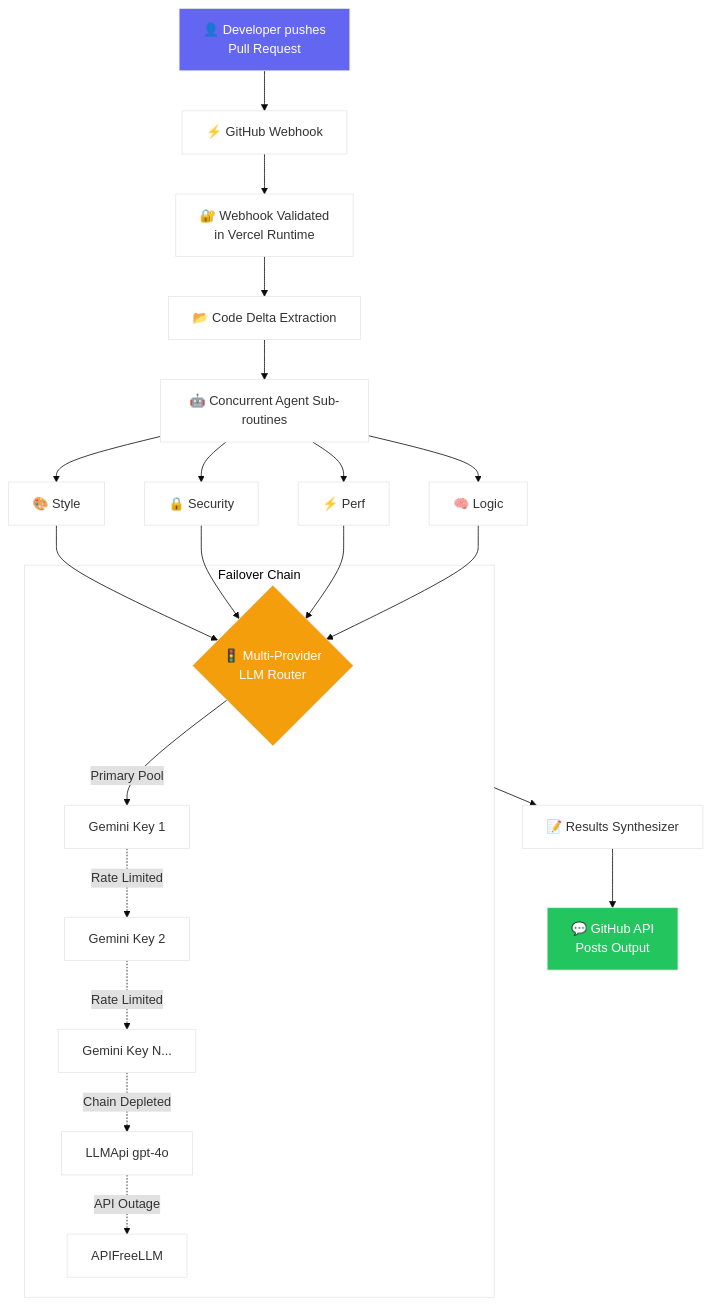
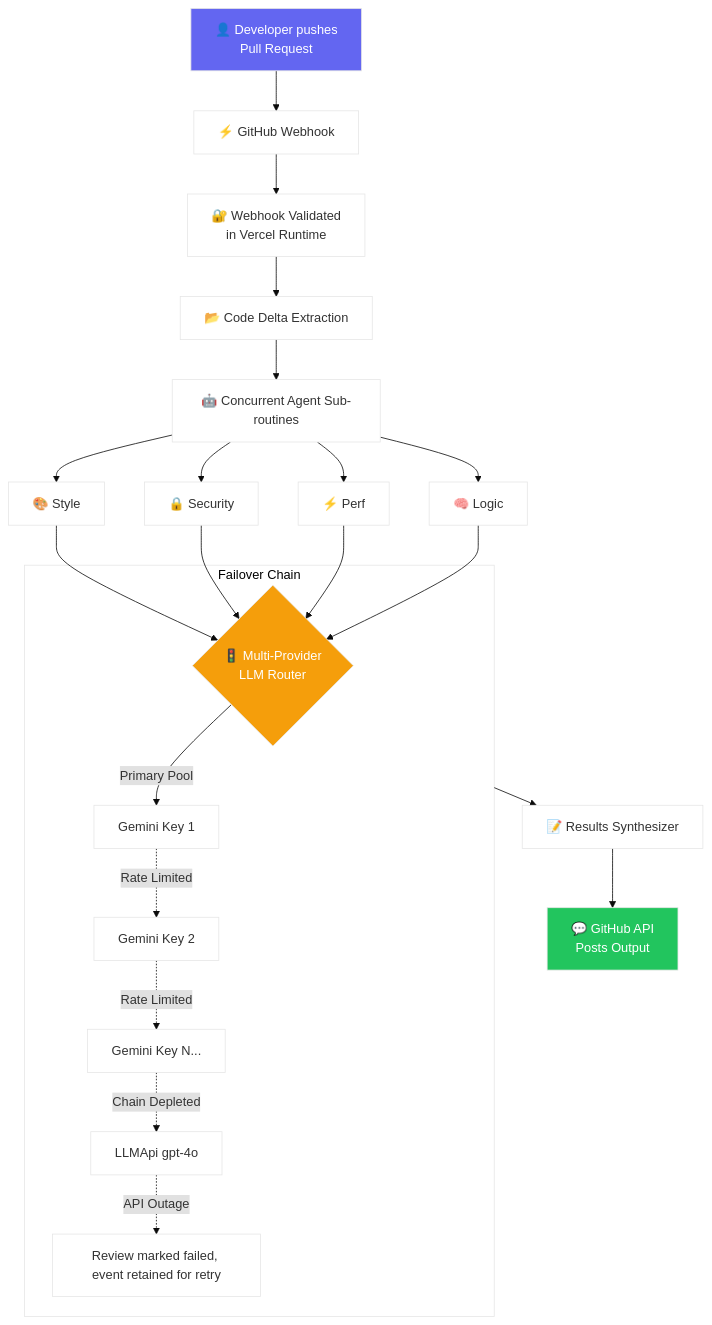
One commit to mirzasayzz/prpilot changed the first of 2 diagrams in README.md. Above: the diagram before and after it, drawn with Mermaid. The commit also changed other lines of this file and 10 other files, not shown here.

````diff
--- a/README.md
+++ b/README.md
@@ -155,30 +155,30 @@
 ```mermaid
 %%{init: {'theme': 'base', 'themeVariables': { 'primaryColor': '#ffffff', 'edgeLabelBackground':'#e1e1e1' }}}%%
 flowchart TB
     A["👤 Developer pushes\nPull Request"] --> B["⚡ GitHub Webhook"]
     B --> C["🔐 Webhook Validated\nin Vercel Runtime"]
     C --> D["📂 Code Delta Extraction"]
     
     D --> E["🤖 Concurrent Agent Sub-routines"]
     E --> E1["🎨 Style"]
     E --> E2["🔒 Security"]
     E --> E3["⚡ Perf"]
     E --> E4["🧠 Logic"]
 
     E1 & E2 & E3 & E4 --> Router{"🚦 Multi-Provider\nLLM Router"}
     
     subgraph Multi_LLM_Strategy [Failover Chain]
         Router --> |Primary Pool| G1[Gemini Key 1]
         G1 -. Rate Limited .-> G2[Gemini Key 2]
         G2 -. Rate Limited .-> G3[Gemini Key N...]
         G3 -. Chain Depleted .-> LLM[LLMApi gpt-4o]
-        LLM -. API Outage .-> API[APIFreeLLM]
+        LLM -. API Outage .-> Fail[Review marked failed, event retained for retry]
     end
     
     Multi_LLM_Strategy --> F["📝 Results Synthesizer"]
     F --> G["💬 GitHub API\nPosts Output"]
 
     style A fill:#6366f1,color:#fff
     style G fill:#22c55e,color:#fff
     style Router fill:#f59e0b,color:#fff
 ```
````
